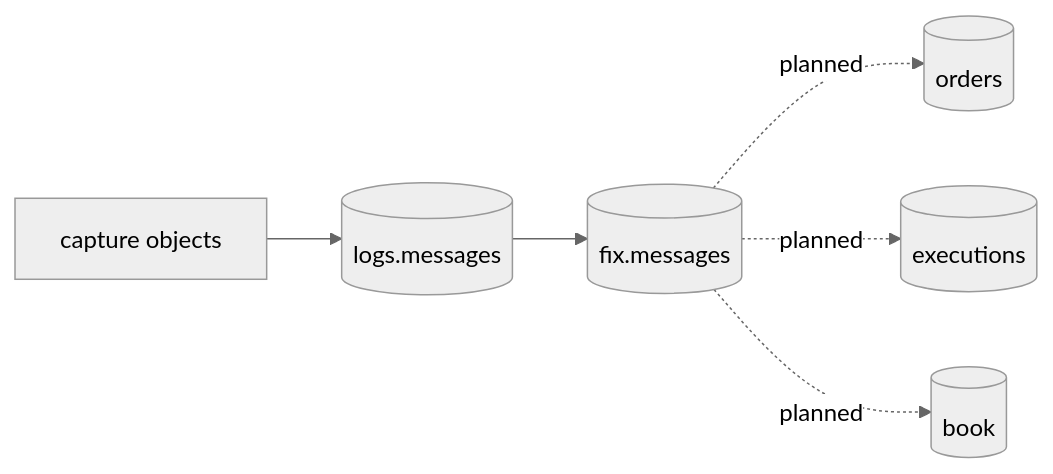
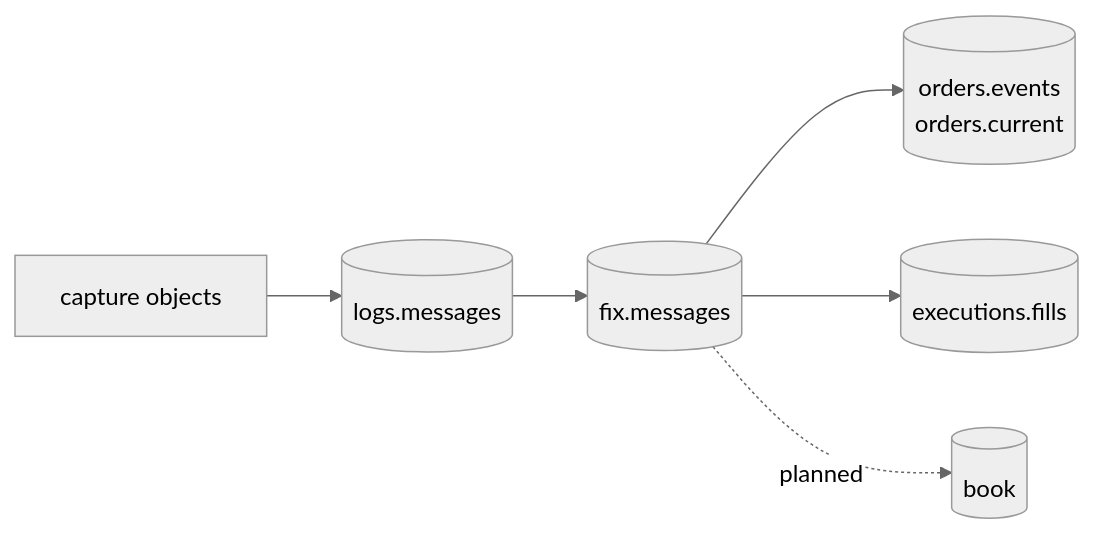
One commit to Platob/yggfin changed the diagram in docs/products/index.md. Above: the diagram before and after it, drawn with Mermaid (neutral theme). The commit also changed other lines of this file and 41 other files, not shown here.

````diff
--- a/docs/products/index.md
+++ b/docs/products/index.md
@@ -6,8 +7,8 @@
 ```mermaid
 flowchart LR
     C["capture objects"] --> M[("logs.messages")]
     M --> F[("fix.messages")]
-    F -.planned.-> O[("orders")]
-    F -.planned.-> E[("executions")]
+    F --> O[("orders.events<br/>orders.current")]
+    F --> E[("executions.fills")]
     F -.planned.-> B[("book")]
 ```
````
